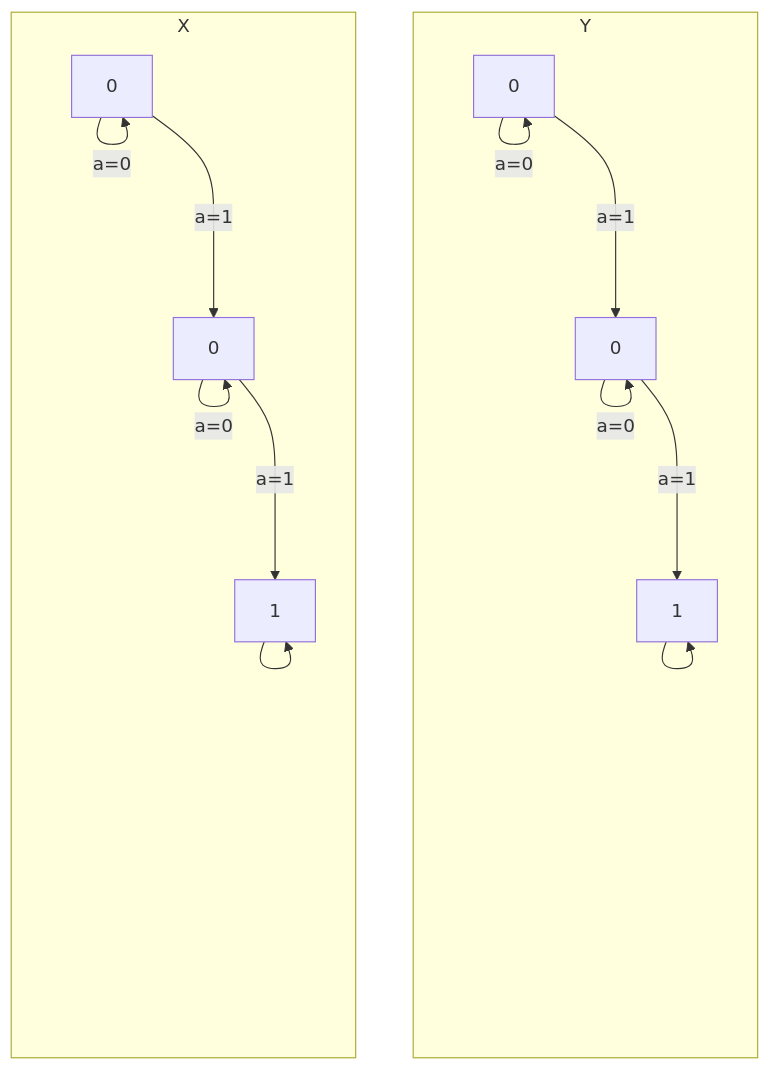
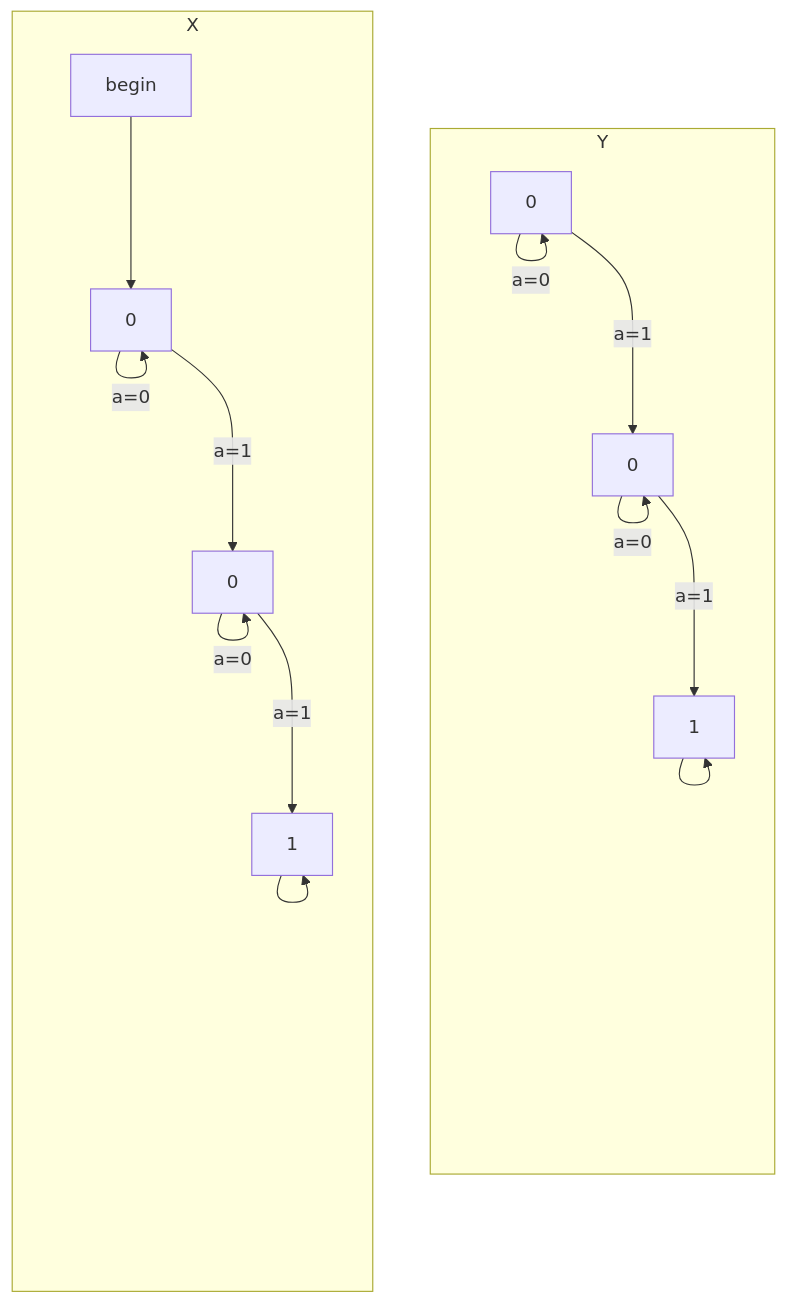
The diagram in CSDS 281 - Logic Design/HW/8/Tables.md (tnichols217/notes), drawn with Mermaid before and after one commit.

Commit message:
vault backup: 2024-04-03 21:59:54

````diff
--- a/CSDS 281 - Logic Design/HW/8/Tables.md
+++ b/CSDS 281 - Logic Design/HW/8/Tables.md
@@ -1,18 +1,19 @@
 ```mermaid
 flowchart LR
 subgraph X
+begin ---> 01x
 01x[0] --->|a=0| 01x
 01x --->|a=1| 02x[0]
 02x --->|a=0| 02x
 02x --->|a=1| 1x[1]
 1x ---> 1x
 end
 X ~~~ Y
 subgraph Y
 01y[0] --->|a=0| 01y
 01y --->|a=1| 02y[0]
 02y --->|a=0| 02y
 02y --->|a=1| 1y[1]
 1y ---> 1y
 end
 ```
````
